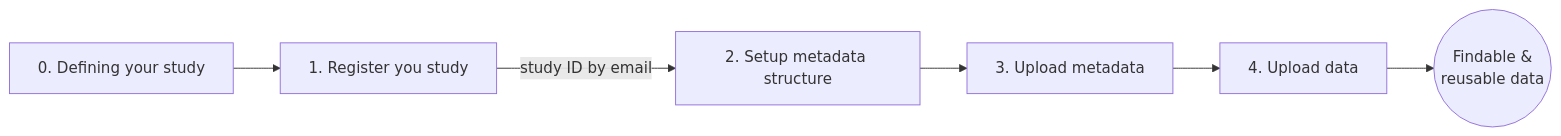
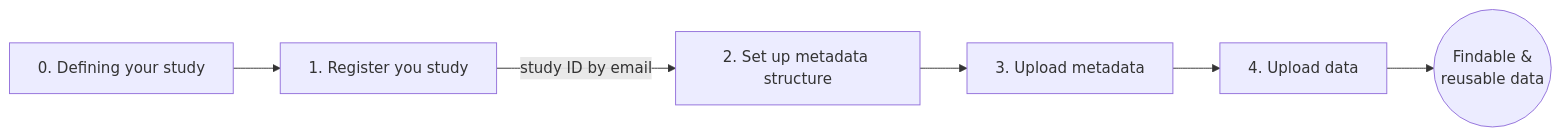
One commit to CropXR/documentation changed the diagram in docs/getting-started/index.md. Above: the diagram before and after it, drawn with Mermaid. The commit also changed 15 other files, not shown here.

````diff
--- a/docs/getting-started/index.md
+++ b/docs/getting-started/index.md
@@ -7,13 +7,13 @@
 ```mermaid
 flowchart LR
     A["0. Defining your study"] --> B["1. Register you study"]
-    B -->|study ID by email| C["2. Setup metadata structure"]
+    B -->|study ID by email| C["2. Set up metadata structure"]
     C --> D["3. Upload metadata"]
     D --> E["4. Upload data"]
     E --> F(("Findable &<br/>reusable data"))
 
     click B "https://forms.cloud.microsoft/Pages/ResponsePage.aspx?id=TVJuCSlpMECM04q0LeCIe9rk7LtjOclKu9pKlmXMf-xUMzVUVFpYVkxZTE9VNTFXTVBMSU1EN1paTC4u" _blank
     click A "../concepts/defining-a-study/" _self
     click C "../resilience-hub/seek/" _self
     click E "../resilience-hub/cli-tool/" _self
 ```
````
